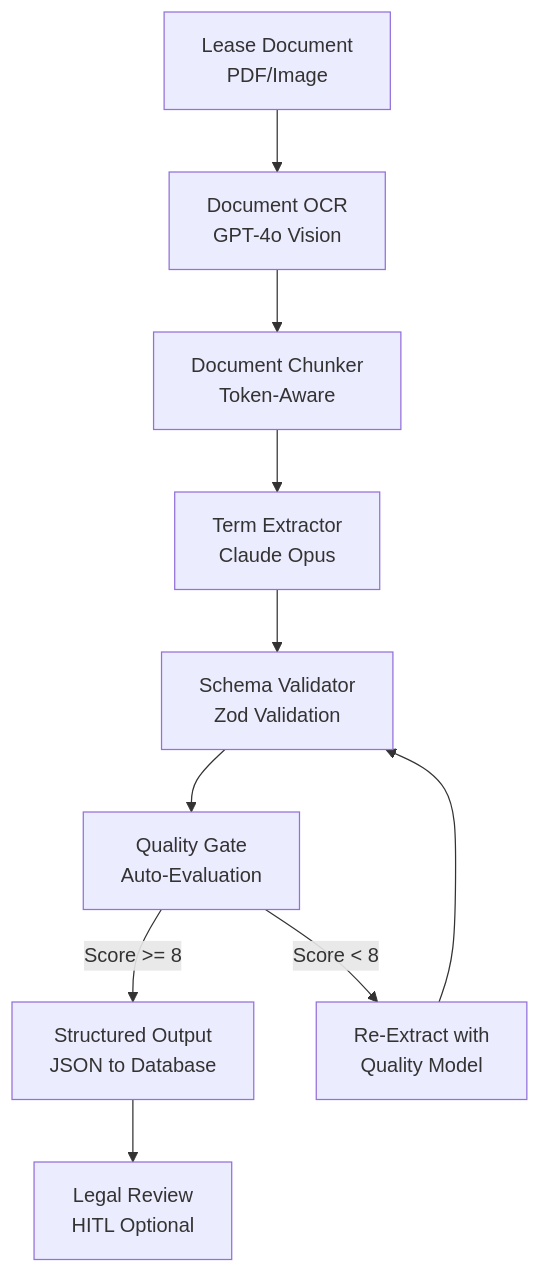
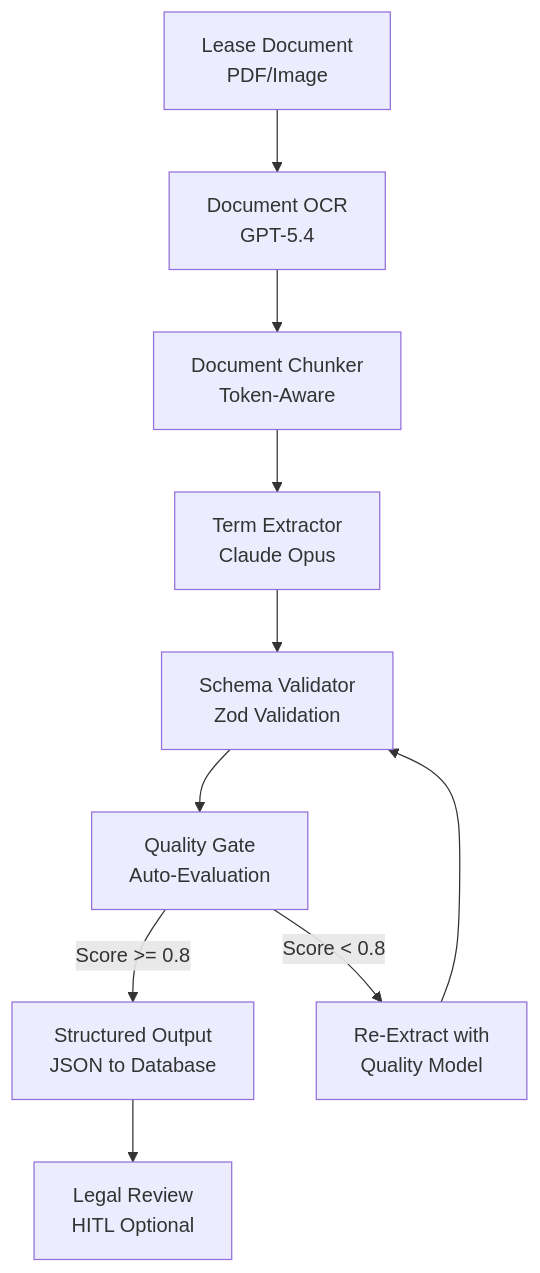
One commit to juspay/neurolink-blog changed the diagram in _posts/2025-11-30-real-estate-lease-abstraction-ai.md. Above: the diagram before and after it, drawn with Mermaid. The commit also changed other lines of this file and 172 other files, not shown here.

````diff
--- a/_posts/2025-11-30-real-estate-lease-abstraction-ai.md
+++ b/_posts/2025-11-30-real-estate-lease-abstraction-ai.md
@@ -41,12 +41,12 @@
 ```mermaid
 flowchart TB
-    Lease[Lease Document<br/>PDF/Image] --> OCR[Document OCR<br/>GPT-4o Vision]
+    Lease[Lease Document<br/>PDF/Image] --> OCR[Document OCR<br/>GPT-5.4]
     OCR --> Chunk[Document Chunker<br/>Token-Aware]
     Chunk --> Extract[Term Extractor<br/>Claude Opus]
     Extract --> Validate[Schema Validator<br/>Zod Validation]
     Validate --> Evaluate[Quality Gate<br/>Auto-Evaluation]
-    Evaluate -->|Score >= 8| Output[Structured Output<br/>JSON to Database]
-    Evaluate -->|Score < 8| ReExtract[Re-Extract with<br/>Quality Model]
+    Evaluate -->|Score >= 0.8| Output[Structured Output<br/>JSON to Database]
+    Evaluate -->|Score < 0.8| ReExtract[Re-Extract with<br/>Quality Model]
     ReExtract --> Validate
     Output --> Legal[Legal Review<br/>HITL Optional]
 ```
````
